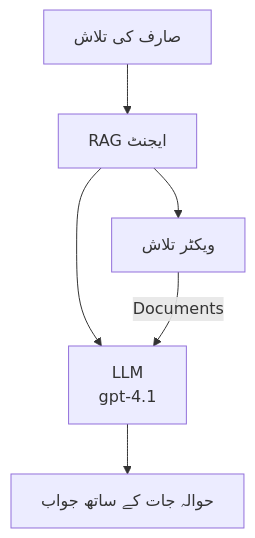
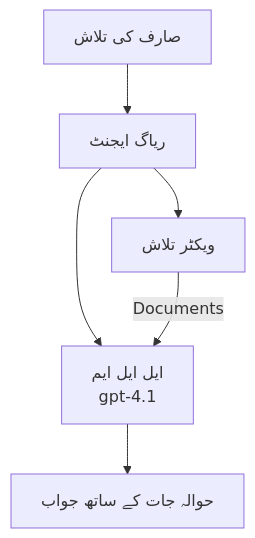
The second of 3 diagrams in translations/ur/docs/chapter-02-ai-development/agents.md (microsoft/AZD-for-beginners), drawn with Mermaid before and after one commit. The commit also changed other lines of this file and 60 other files, not shown here.

````diff
--- a/translations/ur/docs/chapter-02-ai-development/agents.md
+++ b/translations/ur/docs/chapter-02-ai-development/agents.md
@@ -181,8 +181,8 @@
 ```mermaid
 graph TD
-    Query[صارف کی تلاش] --> RAG[RAG ایجنٹ]
+    Query[صارف کی تلاش] --> RAG[ریاگ ایجنٹ]
     RAG --> Vector[ویکٹر تلاش]
-    RAG --> LLM[LLM<br/>gpt-4.1]
+    RAG --> LLM[ایل ایل ایم<br/>gpt-4.1]
     Vector -- Documents --> LLM
     LLM --> Response[حوالہ جات کے ساتھ جواب]
 ```
````
